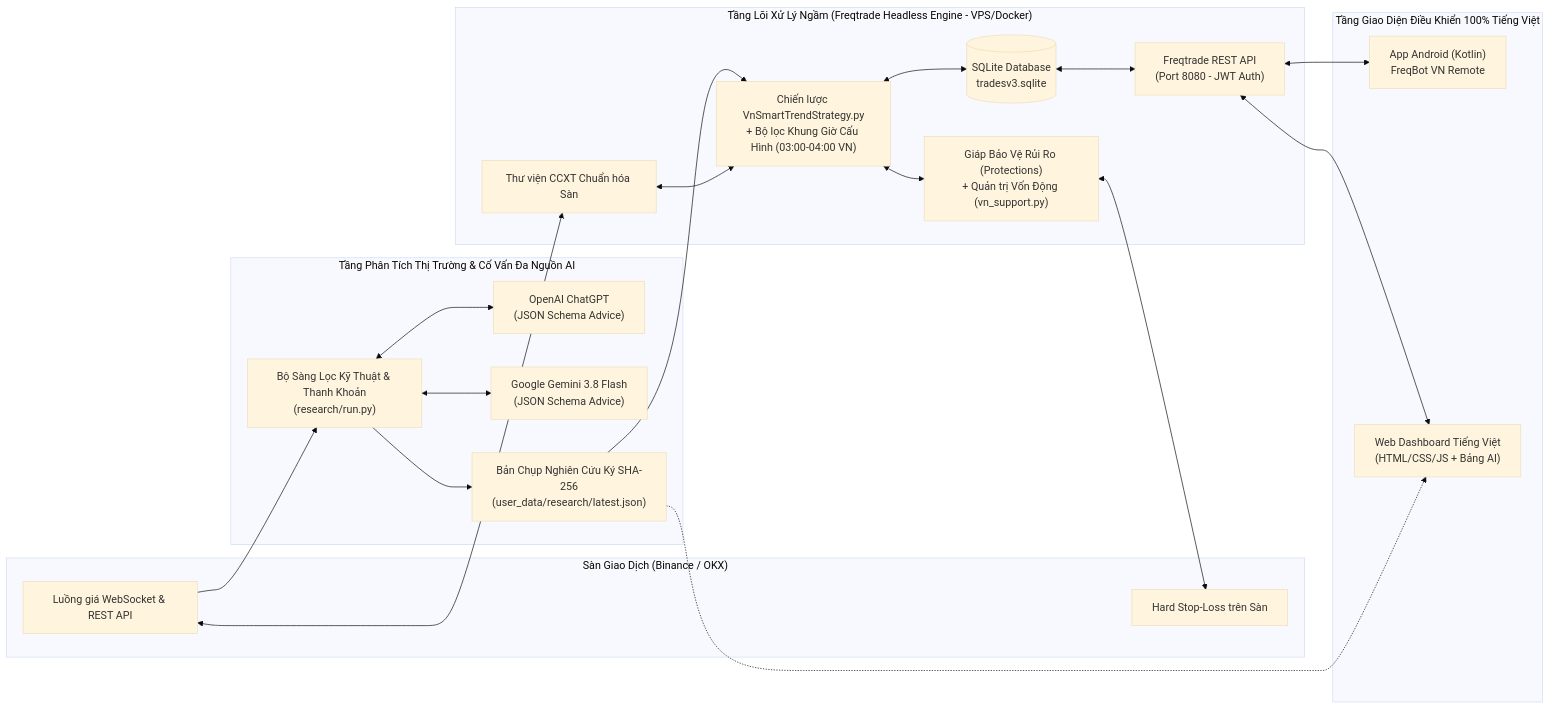
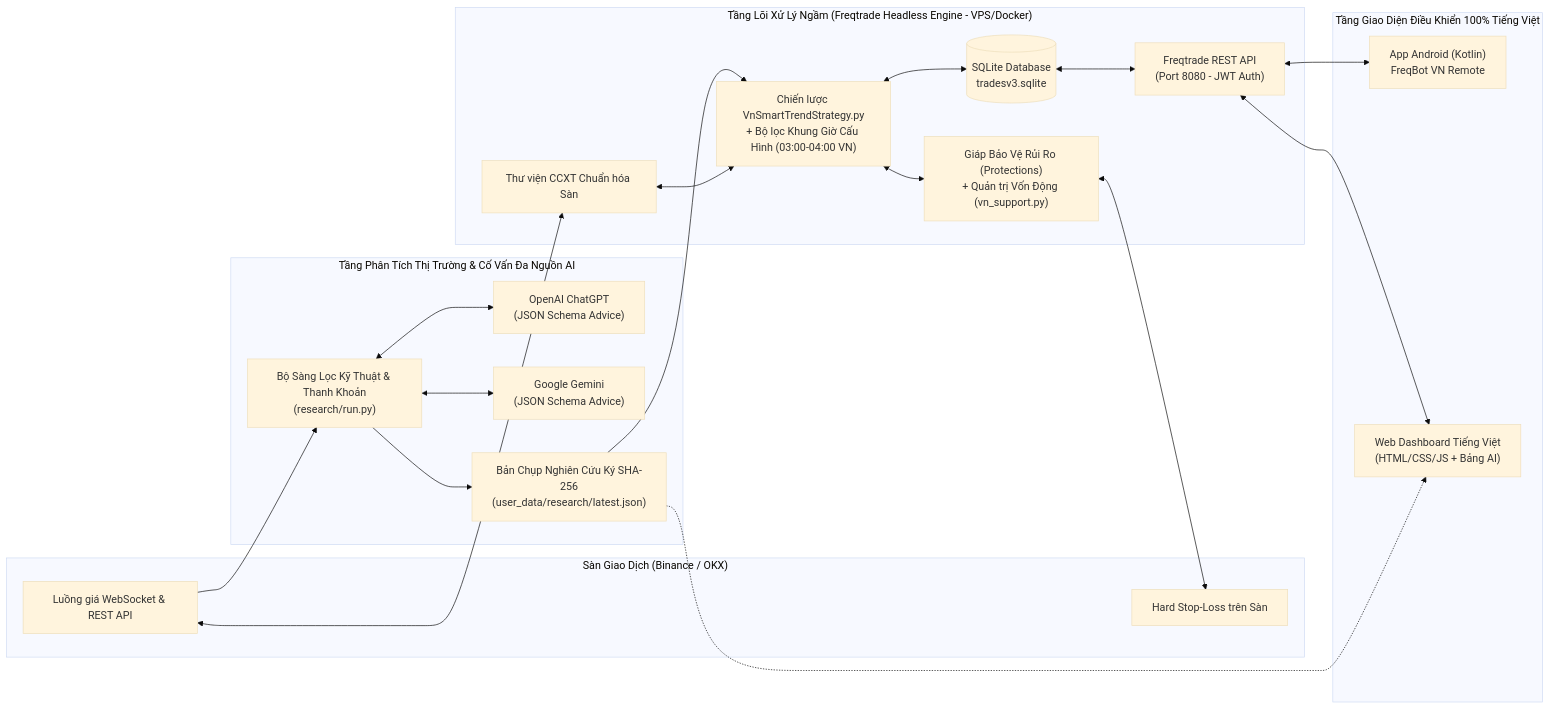
One commit to trunglc378/trade_bot changed the diagram in docs/01-GIOI-THIEU-DU-AN.md. Above: the diagram before and after it, drawn with Mermaid (base theme). The commit also changed other lines of this file and 19 other files, not shown here.

````diff
--- a/docs/01-GIOI-THIEU-DU-AN.md
+++ b/docs/01-GIOI-THIEU-DU-AN.md
@@ -23,43 +23,43 @@
 ```mermaid
 flowchart LR
     subgraph Exchange["Sàn Giao Dịch (Binance / OKX)"]
         WS["Luồng giá WebSocket & REST API"]
         SL["Hard Stop-Loss trên Sàn"]
     end
 
     subgraph AIResearch["Tầng Phân Tích Thị Trường & Cố Vấn Đa Nguồn AI"]
         SCAN["Bộ Sàng Lọc Kỹ Thuật & Thanh Khoản\n(research/run.py)"]
         GPT["OpenAI ChatGPT\n(JSON Schema Advice)"]
-        GEM["Google Gemini 3.8 Flash\n(JSON Schema Advice)"]
+        GEM["Google Gemini\n(JSON Schema Advice)"]
         SNAP["Bản Chụp Nghiên Cứu Ký SHA-256\n(user_data/research/latest.json)"]
     end
 
     subgraph Backend["Tầng Lõi Xử Lý Ngầm (Freqtrade Headless Engine - VPS/Docker)"]
         CCXT["Thư viện CCXT Chuẩn hóa Sàn"]
         STRAT["Chiến lược VnSmartTrendStrategy.py\n+ Bộ lọc Khung Giờ Cấu Hình (03:00-04:00 VN)"]
         PROT["Giáp Bảo Vệ Rủi Ro (Protections)\n+ Quản trị Vốn Động (vn_support.py)"]
         DB[("SQLite Database\ntradesv3.sqlite")]
         API["Freqtrade REST API\n(Port 8080 - JWT Auth)"]
     end
 
     subgraph Clients["Tầng Giao Diện Điều Khiển 100% Tiếng Việt"]
         ANDROID["App Android (Kotlin)\nFreqBot VN Remote"]
         WEB["Web Dashboard Tiếng Việt\n(HTML/CSS/JS + Bảng AI)"]
     end
 
     WS --> SCAN
     SCAN <--> GPT
     SCAN <--> GEM
     SCAN --> SNAP
     SNAP --> STRAT
 
     WS <--> CCXT
     CCXT <--> STRAT
     STRAT <--> PROT
     PROT <--> SL
     STRAT <--> DB
     DB <--> API
     API <--> ANDROID
     API <--> WEB
     SNAP -.-> WEB
 ```
````
